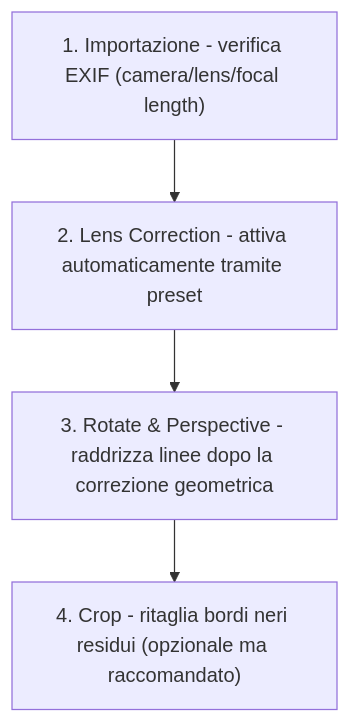
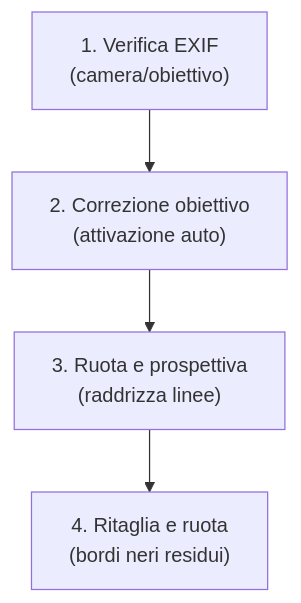
Before and after one commit to lorenzoperone/darktable-docs: the diagram in docs/modules/lens-correction.md, drawn with Mermaid. The commit also changed 40 other files, not shown here.

First line of the commit message:
fix: reformatta diagrammi Mermaid — etichette brevi, break line, italiano

````diff
--- a/docs/modules/lens-correction.md
+++ b/docs/modules/lens-correction.md
@@ -21,4 +21,4 @@
 ```mermaid
 flowchart TD
-    A["1. Importazione - verifica EXIF (camera/lens/focal length)"] --> B["2. Lens Correction - attiva automaticamente tramite preset"] --> C["3. Rotate & Perspective - raddrizza linee dopo la correzione geometrica"] --> D["4. Crop - ritaglia bordi neri residui (opzionale ma raccomandato)"]
+    A["1. Verifica EXIF<br/>(camera/obiettivo)"] --> B["2. Correzione obiettivo<br/>(attivazione auto)"] --> C["3. Ruota e prospettiva<br/>(raddrizza linee)"] --> D["4. Ritaglia e ruota<br/>(bordi neri residui)"]
 ```
````
